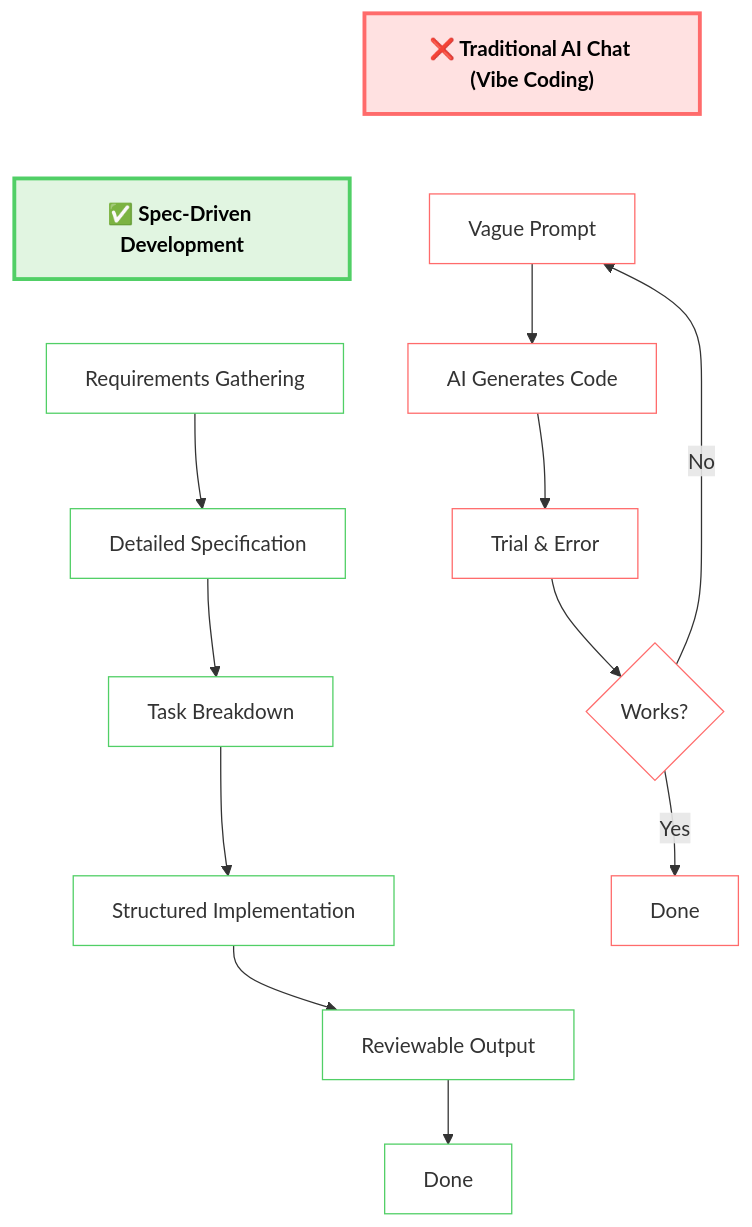
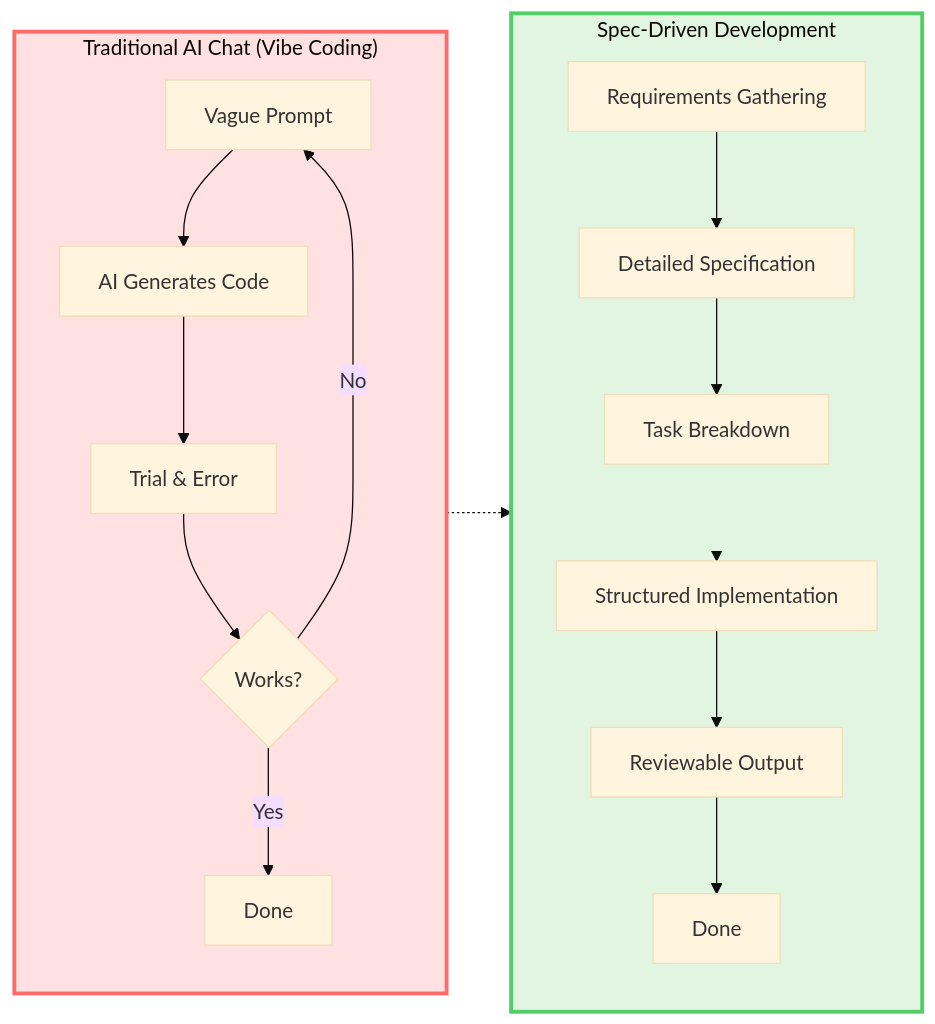
One commit to koustubh25/station-station changed the second of 4 diagrams in agent-os/specs/2025-11-03-technical-blog-sdd/planning/diagram-templates-final.md. Above: the diagram before and after it, drawn with Mermaid. The commit also changed 3 other files, not shown here.

First line of the commit message:
feat: improve diagram visuals with dotted arrow and refined labels

````diff
--- a/agent-os/specs/2025-11-03-technical-blog-sdd/planning/diagram-templates-final.md
+++ b/agent-os/specs/2025-11-03-technical-blog-sdd/planning/diagram-templates-final.md
@@ -60,51 +60,26 @@
 ```mermaid
-graph TB
-    TH["<b>❌ Traditional AI Chat (Vibe Coding)</b>"]
-    T1[Vague Prompt]
-    T2[AI Generates Code]
-    T3[Trial & Error]
-    T4{Works?}
-    T5[Done]
+%%{init: {'theme':'base', 'themeVariables': { 'fontSize':'16px'}}}%%
+graph LR
+    subgraph traditional["Traditional AI Chat (Vibe Coding)"]
+        T1["  Vague Prompt  "] --> T2["  AI Generates Code  "]
+        T2 --> T3["  Trial & Error  "]
+        T3 --> T4{"  Works?  "}
+        T4 -->|No| T1
+        T4 -->|Yes| T5["  Done  "]
+    end
 
-    SH["<b>✅ Spec-Driven Development</b>"]
-    S1[Requirements Gathering]
-    S2[Detailed Specification]
-    S3[Task Breakdown]
-    S4[Structured Implementation]
-    S5[Reviewable Output]
-    S6[Done]
+    subgraph sdd["Spec-Driven Development"]
+        S1["  Requirements Gathering  "] --> S2["  Detailed Specification  "]
+        S2 --> S3["  Task Breakdown  "]
+        S3 --> S4["  Structured Implementation  "]
+        S4 --> S5["  Reviewable Output  "]
+        S5 --> S6["  Done  "]
+    end
 
-    TH ~~~ T1
-    T1 --> T2
-    T2 --> T3
-    T3 --> T4
-    T4 -->|No| T1
-    T4 -->|Yes| T5
+    traditional -.-> sdd
 
-    SH ~~~ S1
-    S1 --> S2
-    S2 --> S3
-    S3 --> S4
-    S4 --> S5
-    S5 --> S6
+    style traditional fill:#ffe1e1,stroke:#ff6b6b,stroke-width:3px
+    style sdd fill:#e1f5e1,stroke:#51cf66,stroke-width:3px
 
-    T1 ~~~ S1
-    T2 ~~~ S2
-    T3 ~~~ S3
-    T4 ~~~ S4
-    T5 ~~~ S5
-
-    style TH fill:#ffe1e1,stroke:#ff6b6b,stroke-width:3px,color:#000
-    style SH fill:#e1f5e1,stroke:#51cf66,stroke-width:3px,color:#000
-    style T1 fill:#fff,stroke:#ff6b6b
-    style T2 fill:#fff,stroke:#ff6b6b
-    style T3 fill:#fff,stroke:#ff6b6b
-    style T4 fill:#fff,stroke:#ff6b6b
-    style T5 fill:#fff,stroke:#ff6b6b
-    style S1 fill:#fff,stroke:#51cf66
-    style S2 fill:#fff,stroke:#51cf66
-    style S3 fill:#fff,stroke:#51cf66
-    style S4 fill:#fff,stroke:#51cf66
-    style S5 fill:#fff,stroke:#51cf66
-    style S6 fill:#fff,stroke:#51cf66
+    linkStyle 7 stroke-width:0
 ```
````
